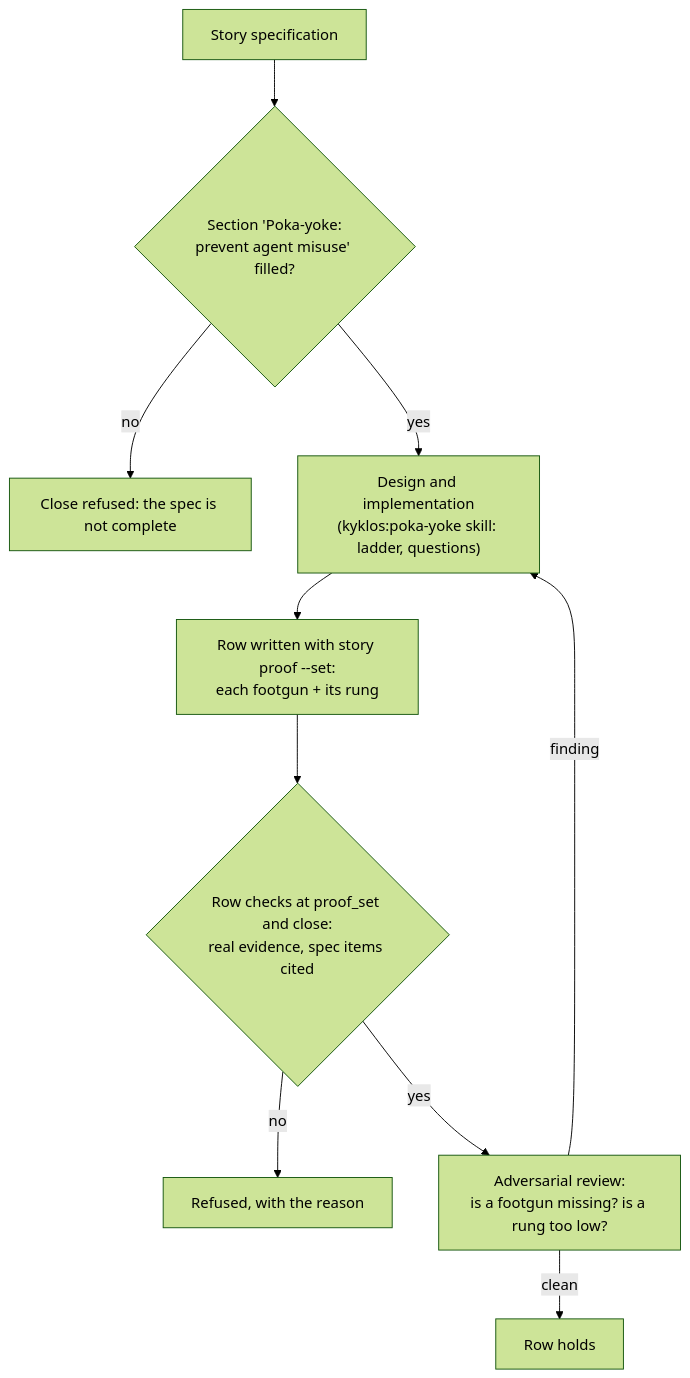
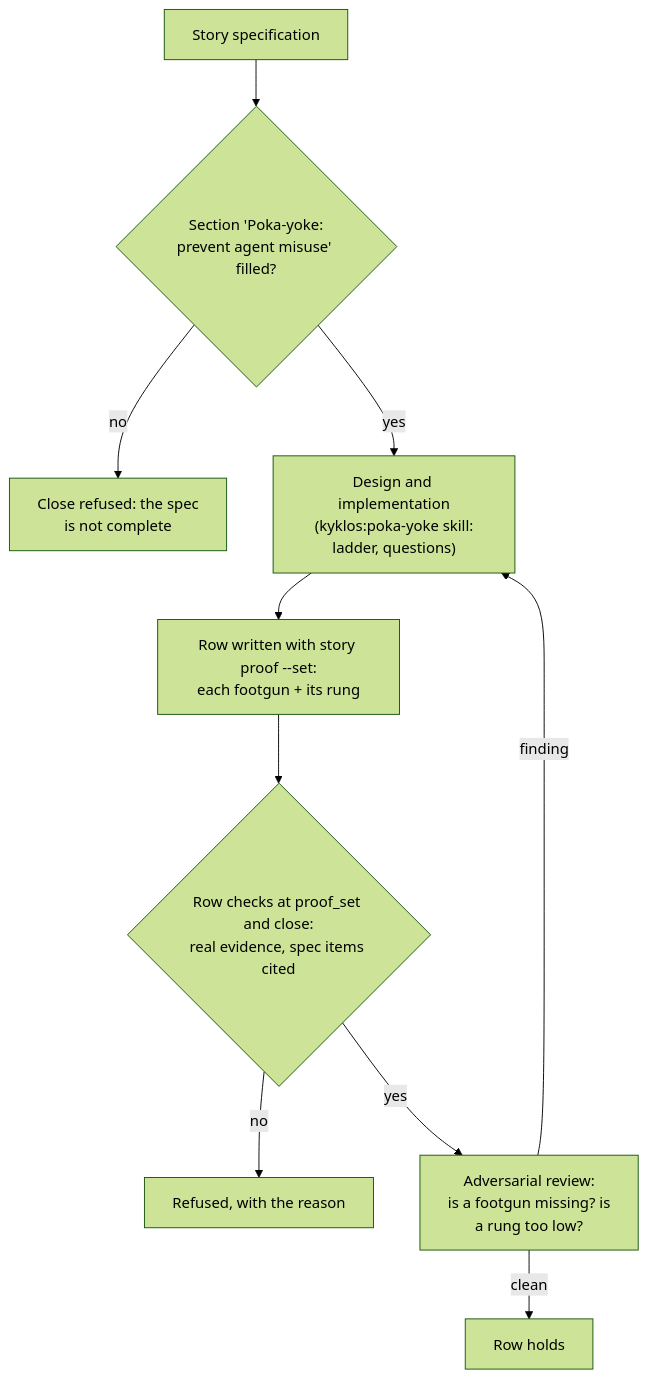
One commit to DogmaSolutions/Kyklos changed the diagram in docs/PROOF_DIMENSION_POKA_YOKE.md. Above: the diagram before and after it, drawn with Mermaid (forest theme). The commit also changed 38 other files, not shown here.

````diff
--- a/docs/PROOF_DIMENSION_POKA_YOKE.md
+++ b/docs/PROOF_DIMENSION_POKA_YOKE.md
@@ -42,12 +42,12 @@
 ```mermaid
 flowchart TD
     S["Story specification"] --> P{"Section 'Poka-yoke:<br/>prevent agent misuse' filled?"}
-    P -- no --> X1["Close refused: the spec is not complete"]
-    P -- yes --> D["Design and implementation<br/>(kyklos:poka-yoke skill: ladder, questions)"]
+    P -- no --> X1["Close refused: the spec<br/>is not complete"]
+    P -- yes --> D["Design and implementation<br/>(kyklos:poka-yoke skill:<br/>ladder, questions)"]
     D --> R["Row written with story proof --set:<br/>each footgun + its rung"]
     R --> V{"Row checks at proof_set and close:<br/>real evidence, spec items cited"}
     V -- no --> X2["Refused, with the reason"]
-    V -- yes --> A["Adversarial review:<br/>is a footgun missing? is a rung too low?"]
+    V -- yes --> A["Adversarial review:<br/>is a footgun missing? is<br/>a rung too low?"]
     A -- "finding" --> D
     A -- clean --> OK["Row holds"]
 ```
````
